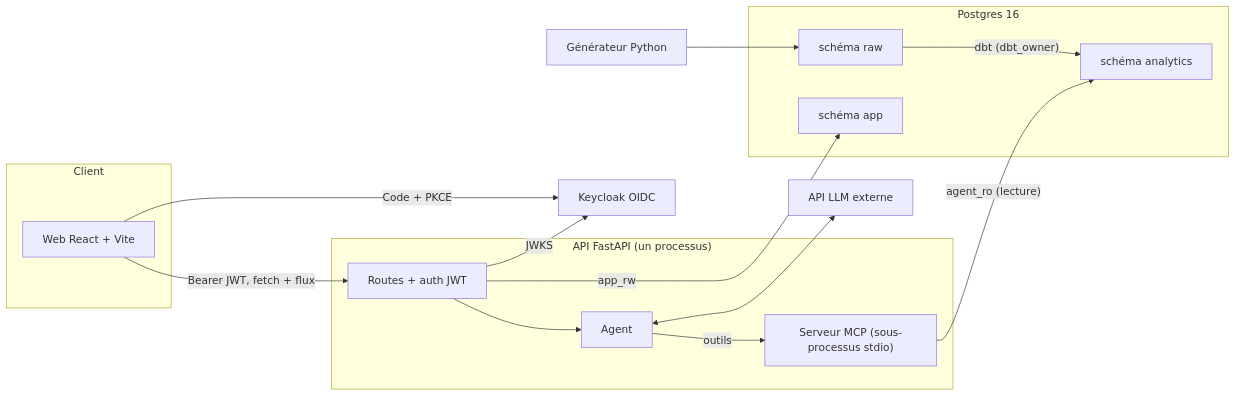
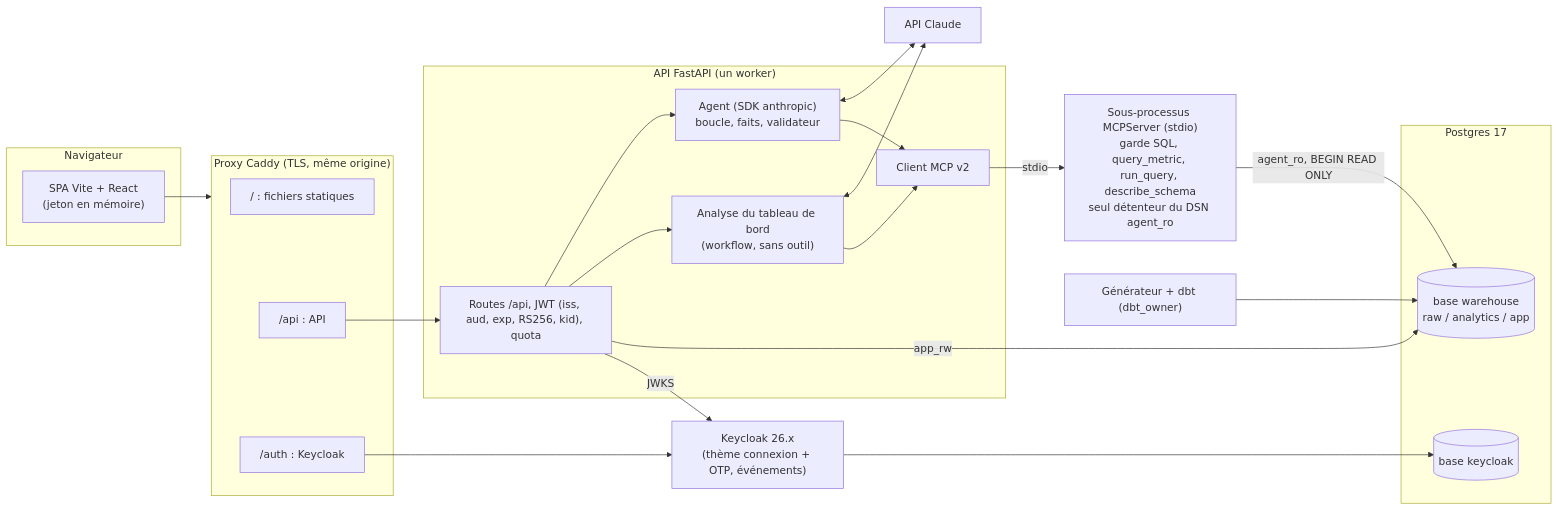
One commit to justefrank/decision-agent-IA changed the diagram in docs/diagrams/01-architecture.mmd. Above: the diagram before and after it, drawn with Mermaid. The commit also changed 47 other files, not shown here.

First line of the commit message:
docs: passage en v5 (MVP, query_metric, citation par référence, évaluation sur le test seul, intégration Claude) et diagrammes re-rendus

```diff
--- a/docs/diagrams/01-architecture.mmd
+++ b/docs/diagrams/01-architecture.mmd
@@ -1,25 +1,38 @@
 flowchart LR
-  subgraph Client
-    UI["Web React + Vite"]
+  subgraph Navigateur
+    SPA["SPA Vite + React<br/>(jeton en mémoire)"]
   end
-  KC["Keycloak OIDC"]
-  subgraph API["API FastAPI (un processus)"]
-    R["Routes + auth JWT"]
-    AG["Agent"]
-    MCP["Serveur MCP (sous-processus stdio)"]
+  subgraph Edge["Proxy Caddy (TLS, même origine)"]
+    P1["/ : fichiers statiques"]
+    P2["/api : API"]
+    P3["/auth : Keycloak"]
   end
-  subgraph PG["Postgres 16"]
-    RAW["schéma raw"]
-    ANA["schéma analytics"]
-    APP["schéma app"]
+  KC["Keycloak 26.x<br/>(thème connexion + OTP, événements)"]
+  subgraph API["API FastAPI (un worker)"]
+    R["Routes /api, JWT (iss, aud, exp, RS256, kid), quota"]
+    AG["Agent (SDK anthropic)<br/>boucle, faits, validateur"]
+    AN["Analyse du tableau de bord<br/>(workflow, sans outil)"]
+    MC["Client MCP v2"]
   end
-  GEN["Générateur Python"] --> RAW
-  RAW -- "dbt (dbt_owner)" --> ANA
-  UI -- "Code + PKCE" --> KC
-  UI -- "Bearer JWT, fetch + flux" --> R
+  MCP["Sous-processus MCPServer (stdio)<br/>garde SQL, query_metric, run_query, describe_schema<br/>seul détenteur du DSN agent_ro"]
+  subgraph PG["Postgres 17"]
+    W[("base warehouse<br/>raw / analytics / app")]
+    K[("base keycloak")]
+  end
+  LLM["API Claude"]
+  GEN["Générateur + dbt (dbt_owner)"]
+  SPA --> Edge
+  P3 --> KC
+  P2 --> R
+  R --> AG
+  R --> AN
+  AG <--> LLM
+  AN <--> LLM
+  AG --> MC
+  AN --> MC
+  MC -- stdio --> MCP
+  MCP -- "agent_ro, BEGIN READ ONLY" --> W
+  R -- "app_rw" --> W
   R -- JWKS --> KC
-  R --> AG
-  AG -- outils --> MCP
-  MCP -- "agent_ro (lecture)" --> ANA
-  R -- "app_rw" --> APP
-  AG <--> LLM["API LLM externe"]
+  KC --> K
+  GEN --> W
```
